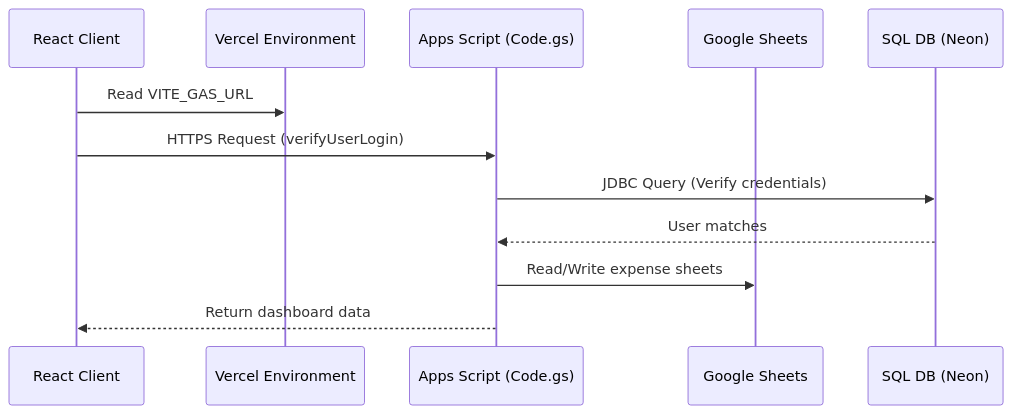
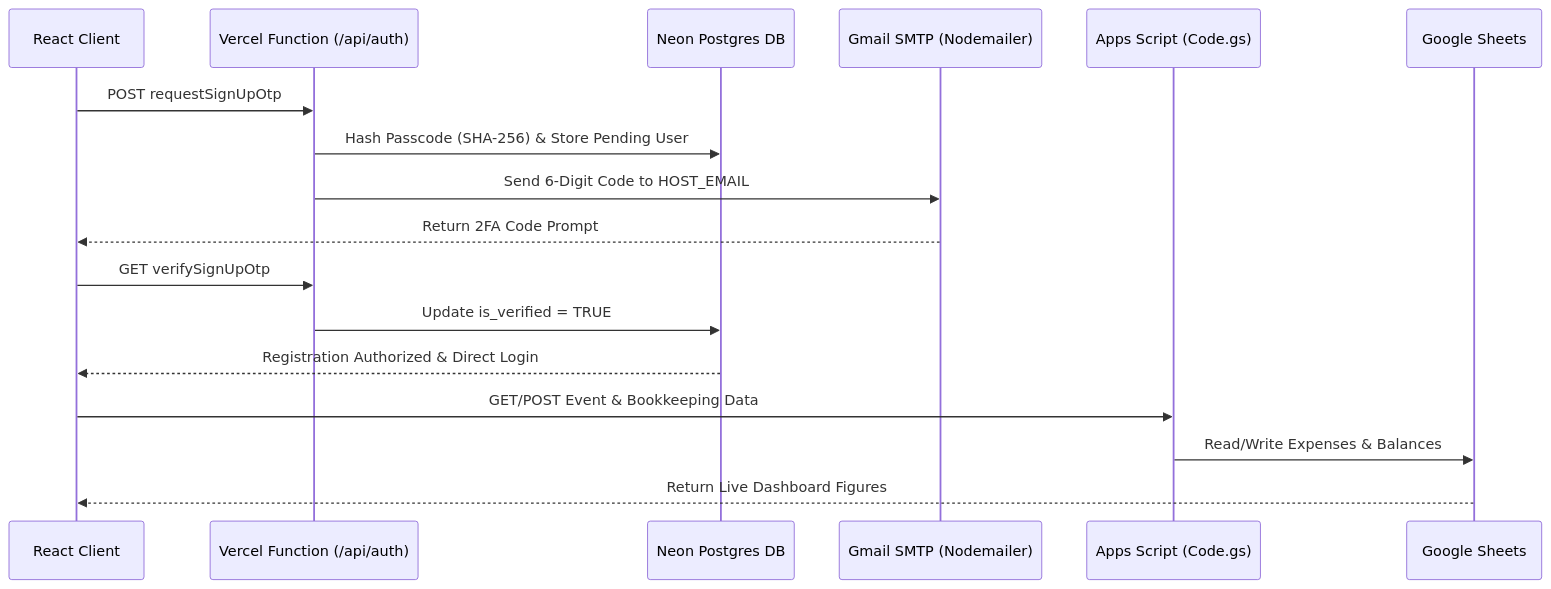
One commit to Abhijit12322/ieee_financial_system changed the diagram in README.md. Above: the diagram before and after it, drawn with Mermaid. The commit also changed other lines of this file and 1 other file, not shown here.

Commit message:
Add hero banner image and update README.md architecture documentation

````diff
--- a/README.md
+++ b/README.md
@@ -23,15 +23,25 @@
 ```mermaid
 sequenceDiagram
     participant React Client
-    participant Vercel Environment
+    participant Vercel Function (/api/auth)
+    participant Neon Postgres DB
+    participant Gmail SMTP (Nodemailer)
     participant Apps Script (Code.gs)
     participant Google Sheets
-    participant SQL DB (Neon)
     
-    React Client->>Vercel Environment: Read VITE_GAS_URL
-    React Client->>Apps Script (Code.gs): HTTPS Request (verifyUserLogin)
-    Apps Script (Code.gs)->>SQL DB (Neon): JDBC Query (Verify credentials)
-    SQL DB (Neon)-->>Apps Script (Code.gs): User matches
-    Apps Script (Code.gs)->>Google Sheets: Read/Write expense sheets
-    Apps Script (Code.gs)-->>React Client: Return dashboard data
+    %% Sign Up Flow
+    React Client->>Vercel Function (/api/auth): POST requestSignUpOtp
+    Vercel Function (/api/auth)->>Neon Postgres DB: Hash Passcode (SHA-256) & Store Pending User
+    Vercel Function (/api/auth)->>Gmail SMTP (Nodemailer): Send 6-Digit Code to HOST_EMAIL
+    Gmail SMTP (Nodemailer)-->>React Client: Return 2FA Code Prompt
+    
+    %% OTP Verification
+    React Client->>Vercel Function (/api/auth): GET verifySignUpOtp
+    Vercel Function (/api/auth)->>Neon Postgres DB: Update is_verified = TRUE
+    Neon Postgres DB-->>React Client: Registration Authorized & Direct Login
+    
+    %% Financial Operations
+    React Client->>Apps Script (Code.gs): GET/POST Event & Bookkeeping Data
+    Apps Script (Code.gs)->>Google Sheets: Read/Write Expenses & Balances
+    Google Sheets-->>React Client: Return Live Dashboard Figures
 ```
````
